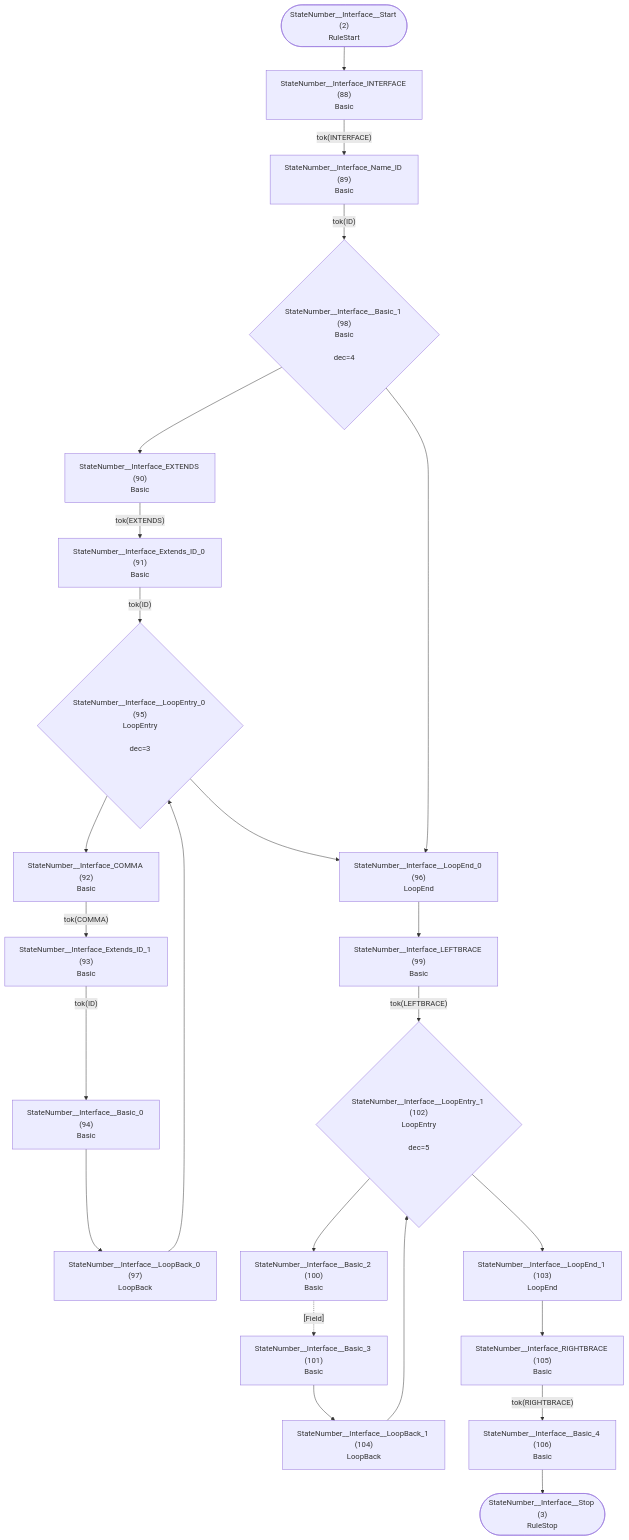
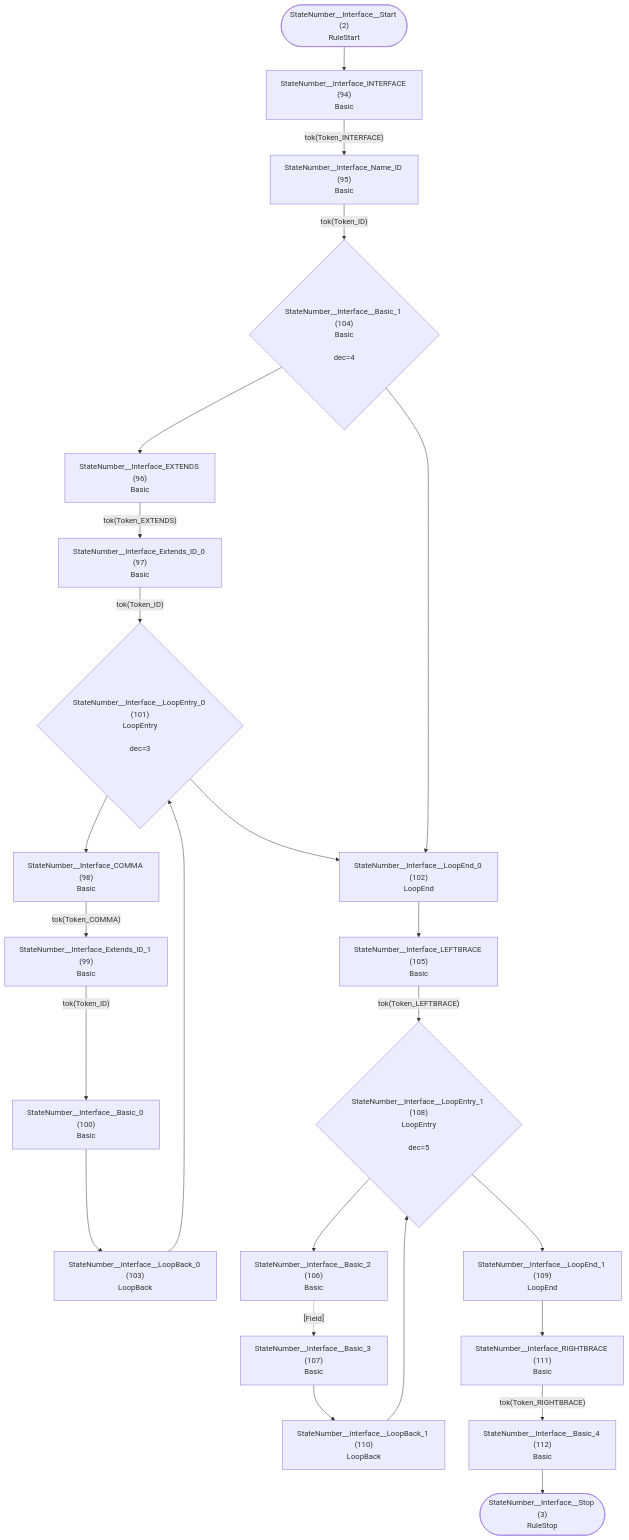
Before and after one commit to TypeFox/fastbelt: the second of 36 diagrams in internal/grammar/atn.md, drawn with Mermaid. The commit also changed other lines of this file and 6 other files, not shown here.

````diff
--- a/internal/grammar/atn.md
+++ b/internal/grammar/atn.md
@@ -66,48 +66,48 @@
 ```mermaid
 flowchart TD
     q2(["StateNumber__Interface__Start (2)<br/>RuleStart"])
     q3(["StateNumber__Interface__Stop (3)<br/>RuleStop"])
-    q88["StateNumber__Interface_INTERFACE (88)<br/>Basic<br/>"]
-    q89["StateNumber__Interface_Name_ID (89)<br/>Basic<br/>"]
-    q90["StateNumber__Interface_EXTENDS (90)<br/>Basic<br/>"]
-    q91["StateNumber__Interface_Extends_ID_0 (91)<br/>Basic<br/>"]
-    q92["StateNumber__Interface_COMMA (92)<br/>Basic<br/>"]
-    q93["StateNumber__Interface_Extends_ID_1 (93)<br/>Basic<br/>"]
-    q94["StateNumber__Interface__Basic_0 (94)<br/>Basic<br/>"]
-    q95{"StateNumber__Interface__LoopEntry_0 (95)<br/>LoopEntry<br/><br/>dec=3"}
-    q96["StateNumber__Interface__LoopEnd_0 (96)<br/>LoopEnd<br/>"]
-    q97["StateNumber__Interface__LoopBack_0 (97)<br/>LoopBack<br/>"]
-    q98{"StateNumber__Interface__Basic_1 (98)<br/>Basic<br/><br/>dec=4"}
-    q99["StateNumber__Interface_LEFTBRACE (99)<br/>Basic<br/>"]
-    q100["StateNumber__Interface__Basic_2 (100)<br/>Basic<br/>"]
-    q101["StateNumber__Interface__Basic_3 (101)<br/>Basic<br/>"]
-    q102{"StateNumber__Interface__LoopEntry_1 (102)<br/>LoopEntry<br/><br/>dec=5"}
-    q103["StateNumber__Interface__LoopEnd_1 (103)<br/>LoopEnd<br/>"]
-    q104["StateNumber__Interface__LoopBack_1 (104)<br/>LoopBack<br/>"]
-    q105["StateNumber__Interface_RIGHTBRACE (105)<br/>Basic<br/>"]
-    q106["StateNumber__Interface__Basic_4 (106)<br/>Basic<br/>"]
+    q94["StateNumber__Interface_INTERFACE (94)<br/>Basic<br/>"]
+    q95["StateNumber__Interface_Name_ID (95)<br/>Basic<br/>"]
+    q96["StateNumber__Interface_EXTENDS (96)<br/>Basic<br/>"]
+    q97["StateNumber__Interface_Extends_ID_0 (97)<br/>Basic<br/>"]
+    q98["StateNumber__Interface_COMMA (98)<br/>Basic<br/>"]
+    q99["StateNumber__Interface_Extends_ID_1 (99)<br/>Basic<br/>"]
+    q100["StateNumber__Interface__Basic_0 (100)<br/>Basic<br/>"]
+    q101{"StateNumber__Interface__LoopEntry_0 (101)<br/>LoopEntry<br/><br/>dec=3"}
+    q102["StateNumber__Interface__LoopEnd_0 (102)<br/>LoopEnd<br/>"]
+    q103["StateNumber__Interface__LoopBack_0 (103)<br/>LoopBack<br/>"]
+    q104{"StateNumber__Interface__Basic_1 (104)<br/>Basic<br/><br/>dec=4"}
+    q105["StateNumber__Interface_LEFTBRACE (105)<br/>Basic<br/>"]
+    q106["StateNumber__Interface__Basic_2 (106)<br/>Basic<br/>"]
+    q107["StateNumber__Interface__Basic_3 (107)<br/>Basic<br/>"]
+    q108{"StateNumber__Interface__LoopEntry_1 (108)<br/>LoopEntry<br/><br/>dec=5"}
+    q109["StateNumber__Interface__LoopEnd_1 (109)<br/>LoopEnd<br/>"]
+    q110["StateNumber__Interface__LoopBack_1 (110)<br/>LoopBack<br/>"]
+    q111["StateNumber__Interface_RIGHTBRACE (111)<br/>Basic<br/>"]
+    q112["StateNumber__Interface__Basic_4 (112)<br/>Basic<br/>"]
 
-    q2 --> q88
-    q88 -->|"tok(INTERFACE)"| q89
-    q89 -->|"tok(ID)"| q98
-    q90 -->|"tok(EXTENDS)"| q91
-    q91 -->|"tok(ID)"| q95
-    q92 -->|"tok(COMMA)"| q93
-    q93 -->|"tok(ID)"| q94
-    q94 --> q97
-    q95 --> q92
-    q95 --> q96
-    q96 --> q99
-    q97 --> q95
-    q98 --> q90
-    q98 --> q96
-    q99 -->|"tok(LEFTBRACE)"| q102
-    q100 -.->|"[Field]"| q101
-    q101 --> q104
-    q102 --> q100
-    q102 --> q103
-    q103 --> q105
+    q2 --> q94
+    q94 -->|"tok(Token_INTERFACE)"| q95
+    q95 -->|"tok(Token_ID)"| q104
+    q96 -->|"tok(Token_EXTENDS)"| q97
+    q97 -->|"tok(Token_ID)"| q101
+    q98 -->|"tok(Token_COMMA)"| q99
+    q99 -->|"tok(Token_ID)"| q100
+    q100 --> q103
+    q101 --> q98
+    q101 --> q102
+    q102 --> q105
+    q103 --> q101
+    q104 --> q96
     q104 --> q102
-    q105 -->|"tok(RIGHTBRACE)"| q106
-    q106 --> q3
+    q105 -->|"tok(Token_LEFTBRACE)"| q108
+    q106 -.->|"[Field]"| q107
+    q107 --> q110
+    q108 --> q106
+    q108 --> q109
+    q109 --> q111
+    q110 --> q108
+    q111 -->|"tok(Token_RIGHTBRACE)"| q112
+    q112 --> q3
 ```
````
